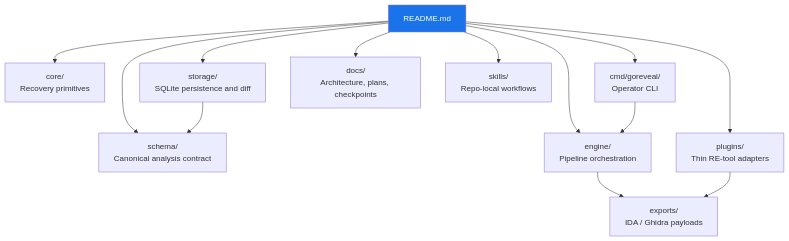
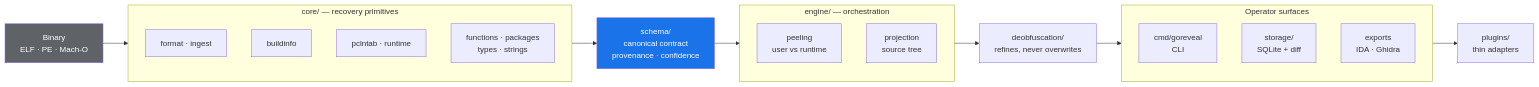
Before and after one commit to ioplane/goreveal: the diagram in README.md, drawn with Mermaid. The commit also changed other lines of this file and 145 other files, not shown here.

````diff
--- a/README.md
+++ b/README.md
@@ -44,28 +233,36 @@
 ```mermaid
-graph TD
-    R["README.md"]
-    C["core/<br/>Recovery primitives"]
-    S["schema/<br/>Canonical analysis contract"]
-    E["engine/<br/>Pipeline orchestration"]
-    CLI["cmd/goreveal/<br/>Operator CLI"]
-    ST["storage/<br/>SQLite persistence and diff"]
-    P["plugins/<br/>Thin RE-tool adapters"]
-    D["docs/<br/>Architecture, plans, checkpoints"]
-    K["skills/<br/>Repo-local workflows"]
-    X["exports/<br/>IDA / Ghidra payloads"]
+graph LR
+    B["Binary<br/>ELF · PE · Mach-O"] --> C
 
-    R --> C
-    R --> S
-    R --> E
-    R --> CLI
-    R --> ST
-    R --> P
-    R --> D
-    R --> K
-    E --> X
-    CLI --> E
-    ST --> S
-    P --> X
+    subgraph C["core/ — recovery primitives"]
+        direction TB
+        C1["format · ingest"]
+        C2["buildinfo"]
+        C3["pclntab · runtime"]
+        C4["functions · packages<br/>types · strings"]
+    end
 
-    style R fill:#1a73e8,color:#fff
+    C --> S["schema/<br/>canonical contract<br/>provenance · confidence"]
+    S --> E
+
+    subgraph E["engine/ — orchestration"]
+        direction TB
+        E1["peeling<br/>user vs runtime"]
+        E2["projection<br/>source tree"]
+    end
+
+    E --> D["deobfuscation/<br/>refines, never overwrites"]
+    D --> O
+
+    subgraph O["Operator surfaces"]
+        direction TB
+        O1["cmd/goreveal<br/>CLI"]
+        O2["storage/<br/>SQLite + diff"]
+        O3["exports<br/>IDA · Ghidra"]
+    end
+
+    O3 --> P["plugins/<br/>thin adapters"]
+
+    style S fill:#1a73e8,color:#fff
+    style B fill:#5f6368,color:#fff
 ```
````
